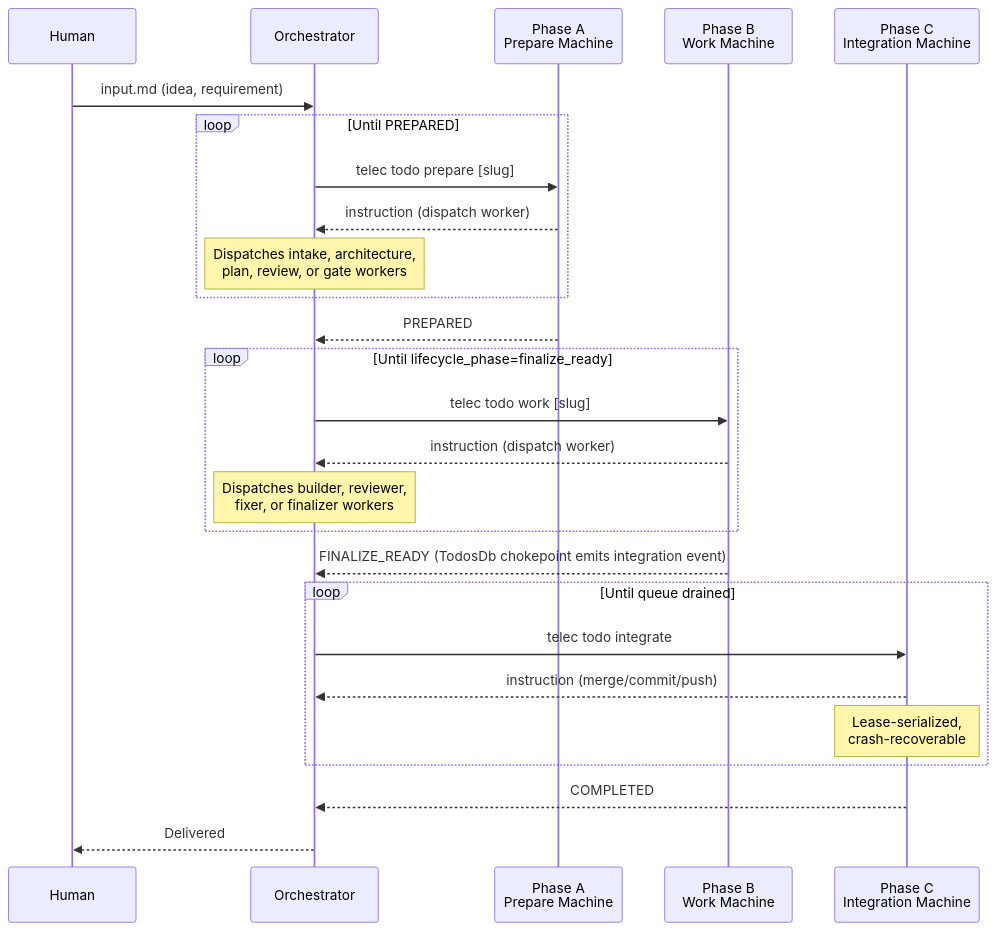
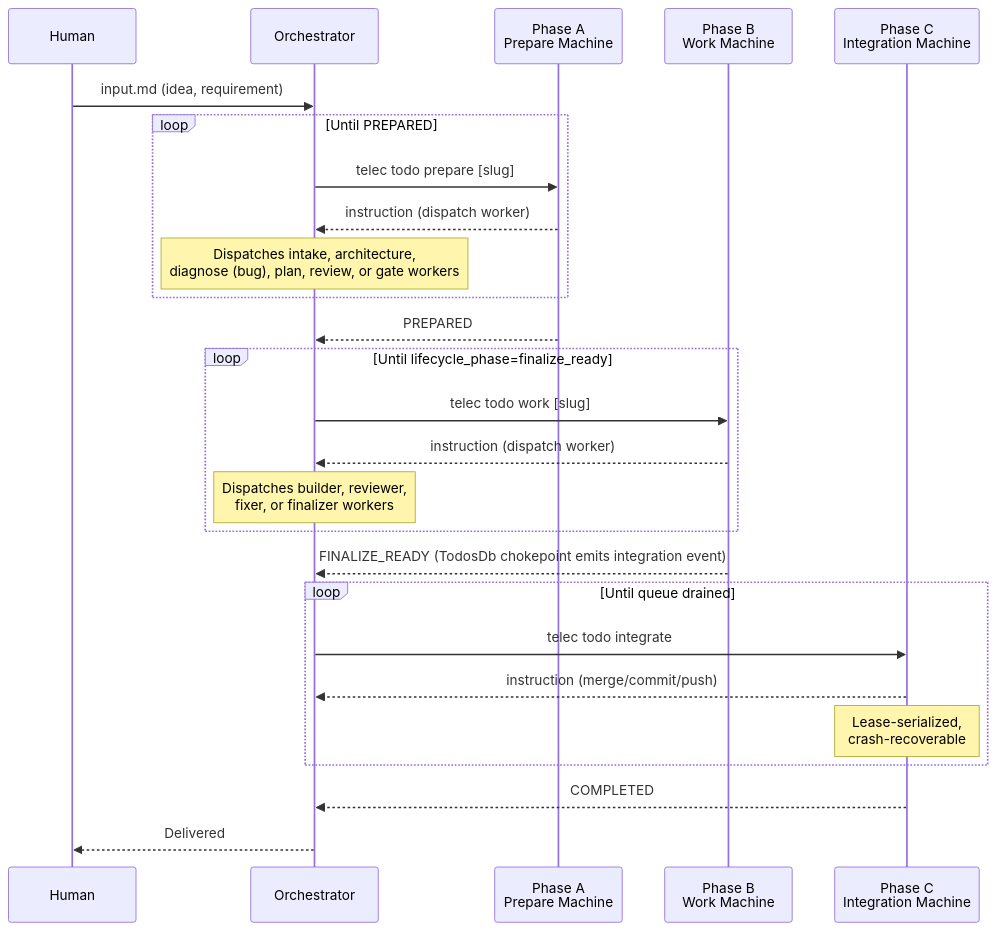
Before and after one commit to InstruktAI/TeleClaude: the second of 3 diagrams in docs/project/design/architecture/lifecycle-state-machines.md, drawn with Mermaid. The commit also changed other lines of this file and 38 other files, not shown here.

````diff
--- a/docs/project/design/architecture/lifecycle-state-machines.md
+++ b/docs/project/design/architecture/lifecycle-state-machines.md
@@ -105,32 +105,32 @@
 ```mermaid
 sequenceDiagram
     participant Human
     participant Orchestrator
     participant Prepare as Phase A<br/>Prepare Machine
     participant Work as Phase B<br/>Work Machine
     participant Integrate as Phase C<br/>Integration Machine
 
     Human->>Orchestrator: input.md (idea, requirement)
 
     loop Until PREPARED
         Orchestrator->>Prepare: telec todo prepare [slug]
         Prepare-->>Orchestrator: instruction (dispatch worker)
-        Note over Orchestrator: Dispatches intake, architecture,<br/>plan, review, or gate workers
+        Note over Orchestrator: Dispatches intake, architecture,<br/>diagnose (bug), plan, review, or gate workers
     end
     Prepare-->>Orchestrator: PREPARED
 
     loop Until lifecycle_phase=finalize_ready
         Orchestrator->>Work: telec todo work [slug]
         Work-->>Orchestrator: instruction (dispatch worker)
         Note over Orchestrator: Dispatches builder, reviewer,<br/>fixer, or finalizer workers
     end
     Work-->>Orchestrator: FINALIZE_READY (TodosDb chokepoint emits integration event)
 
     loop Until queue drained
         Orchestrator->>Integrate: telec todo integrate
         Integrate-->>Orchestrator: instruction (merge/commit/push)
         Note over Integrate: Lease-serialized,<br/>crash-recoverable
     end
     Integrate-->>Orchestrator: COMPLETED
     Orchestrator-->>Human: Delivered
 ```
````
